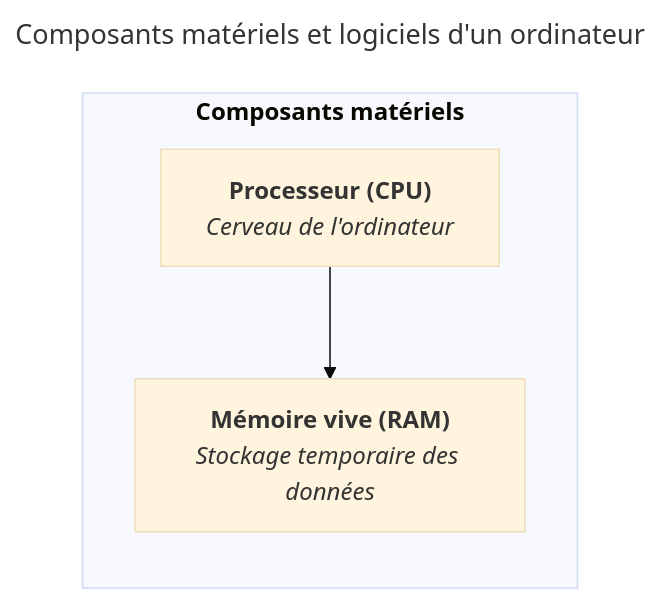
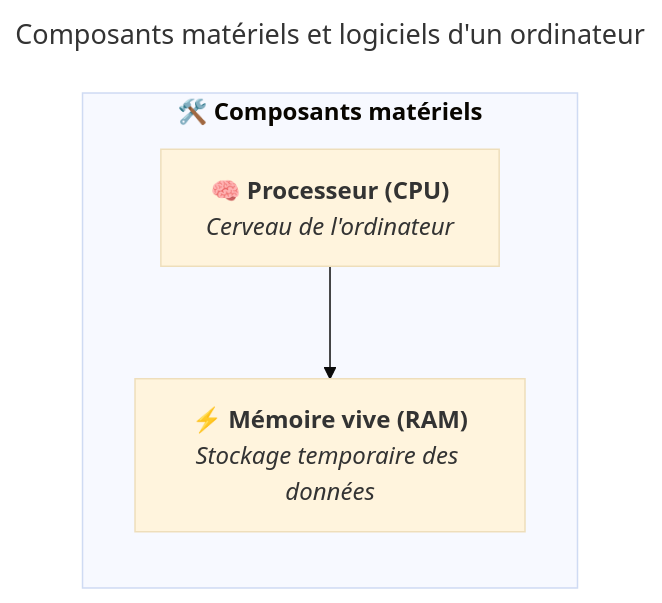
One commit to heig-vd-upinfo-course/heig-vd-upinfo-course changed the diagram in src/content/docs/03-composants-materiels-et-logiciels-dun-ordinateur/03-memoire-vive-ram.mdx. Above: the diagram before and after it, drawn with Mermaid (base theme). The commit also changed 26 other files, not shown here.

````diff
--- a/src/content/docs/03-composants-materiels-et-logiciels-dun-ordinateur/03-memoire-vive-ram.mdx
+++ b/src/content/docs/03-composants-materiels-et-logiciels-dun-ordinateur/03-memoire-vive-ram.mdx
@@ -41,20 +41,20 @@
 ```mermaid
 ---
 title: Composants matériels et logiciels d'un ordinateur
 ---
 flowchart
   CPU["`
-    **Processeur (CPU)**
+    **🧠 Processeur (CPU)**
     _Cerveau de l'ordinateur_
   `"]
   RAM["`
-    **Mémoire vive (RAM)**
+    **⚡ Mémoire vive (RAM)**
     _Stockage temporaire des données_
   `"]
 
-  subgraph Hardware["`**Composants matériels**`"]
+  subgraph Hardware["`**🛠️ Composants matériels**`"]
     direction TB
 
     CPU --> RAM
   end
 ```
````
